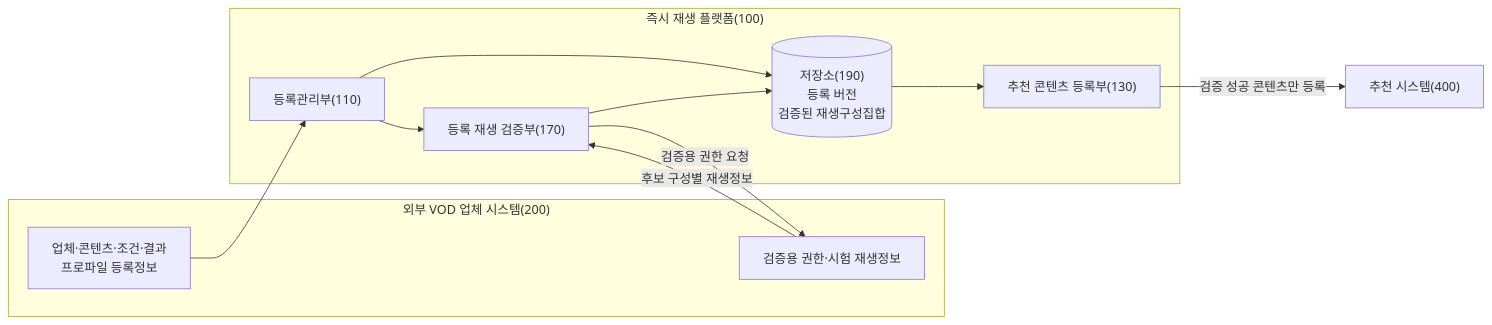
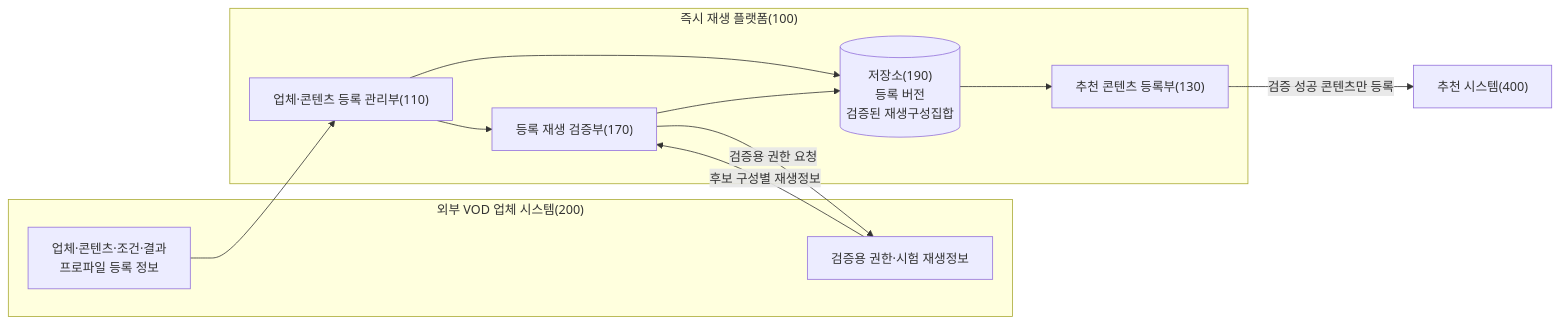
Before and after one commit to growdai1y/instant-play: the second of 14 diagrams in instant_play_직무발명서_개선본.md, drawn with Mermaid. The commit also changed other lines of this file and 10 other files, not shown here.

````diff
--- a/instant_play_직무발명서_개선본.md
+++ b/instant_play_직무발명서_개선본.md
@@ -176,26 +176,26 @@
 ```mermaid
 flowchart LR
     subgraph PROVIDER["외부 VOD 업체 시스템(200)"]
-        PREG["업체·콘텐츠·조건·결과<br/>프로파일 등록정보"]
+        PREG["업체·콘텐츠·조건·결과<br/>프로파일 등록 정보"]
         PTEST["검증용 권한·시험 재생정보"]
     end
 
     subgraph PLATFORM["즉시 재생 플랫폼(100)"]
-        MANAGE["등록관리부(110)"]
+        MANAGE["업체·콘텐츠 등록 관리부(110)"]
         VERIFY["등록 재생 검증부(170)"]
         STORE[("저장소(190)<br/>등록 버전<br/>검증된 재생구성집합")]
         RECREG["추천 콘텐츠 등록부(130)"]
 
         MANAGE --> VERIFY
         MANAGE --> STORE
         VERIFY --> STORE
         STORE --> RECREG
     end
 
     RECOMMEND["추천 시스템(400)"]
 
     PREG --> MANAGE
     VERIFY -->|"검증용 권한 요청"| PTEST
     PTEST -->|"후보 구성별 재생정보"| VERIFY
     RECREG -->|"검증 성공 콘텐츠만 등록"| RECOMMEND
 ```
````
